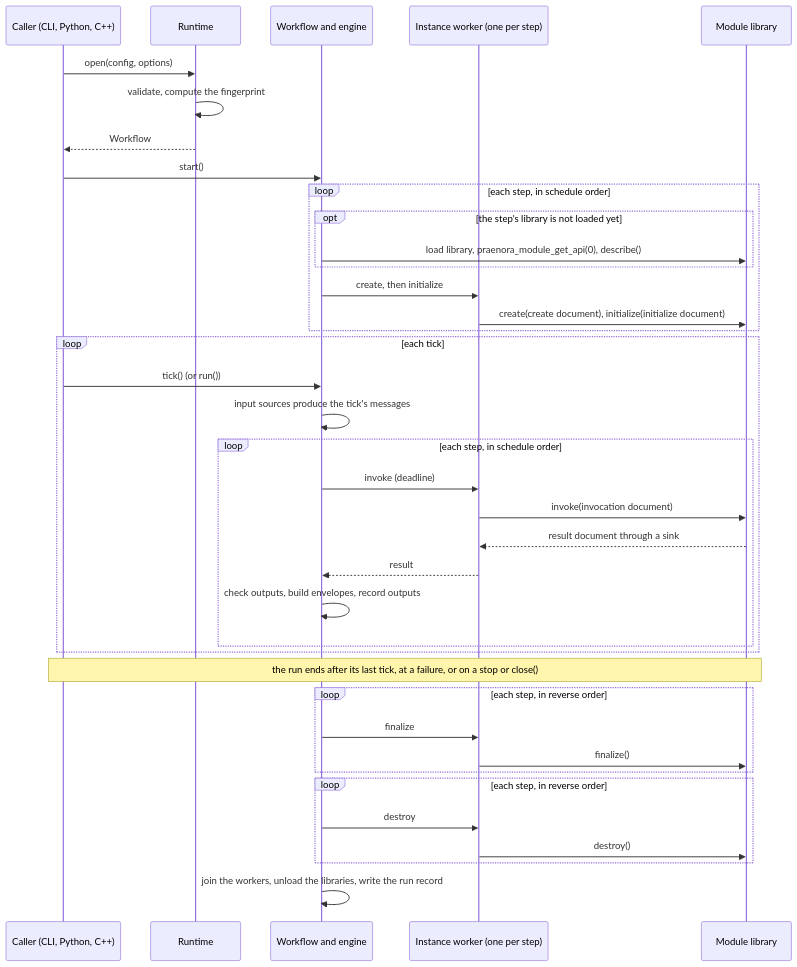
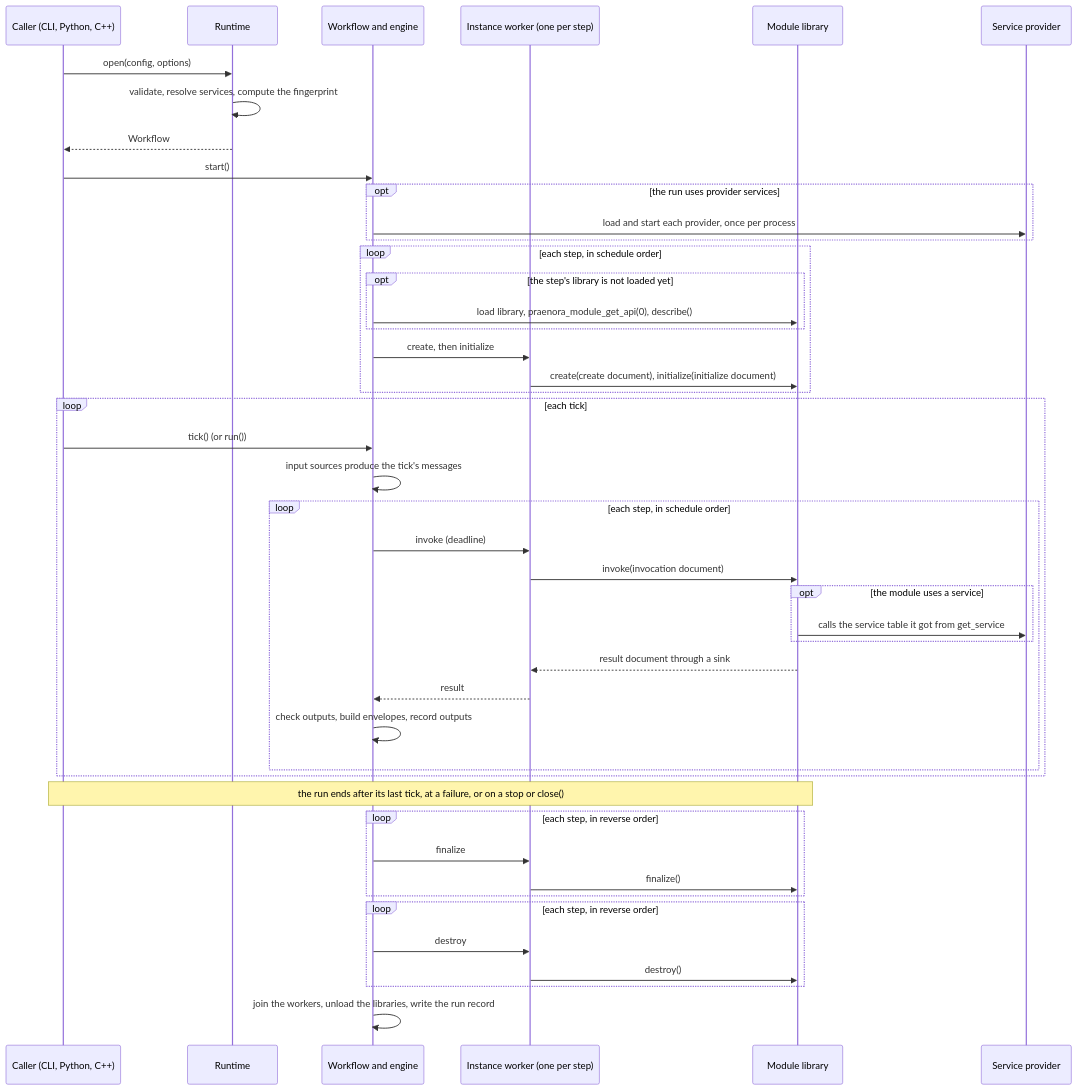
One commit to INFLECT-Praenora/praenora-runtime changed the third of 5 diagrams in docs/architecture.md. Above: the diagram before and after it, drawn with Mermaid. The commit also changed other lines of this file and 287 other files, not shown here.

````diff
--- a/docs/architecture.md
+++ b/docs/architecture.md
@@ -135,40 +151,47 @@
 ```mermaid
 sequenceDiagram
     participant Caller as Caller (CLI, Python, C++)
     participant Runtime
     participant Workflow as Workflow and engine
     participant Worker as Instance worker (one per step)
     participant Module as Module library
+    participant Provider as Service provider
     Caller->>Runtime: open(config, options)
-    Runtime->>Runtime: validate, compute the fingerprint
+    Runtime->>Runtime: validate, resolve services, compute the fingerprint
     Runtime-->>Caller: Workflow
     Caller->>Workflow: start()
+    opt the run uses provider services
+        Workflow->>Provider: load and start each provider, once per process
+    end
     loop each step, in schedule order
         opt the step's library is not loaded yet
             Workflow->>Module: load library, praenora_module_get_api(0), describe()
         end
         Workflow->>Worker: create, then initialize
         Worker->>Module: create(create document), initialize(initialize document)
     end
     loop each tick
         Caller->>Workflow: tick() (or run())
         Workflow->>Workflow: input sources produce the tick's messages
         loop each step, in schedule order
             Workflow->>Worker: invoke (deadline)
             Worker->>Module: invoke(invocation document)
+            opt the module uses a service
+                Module->>Provider: calls the service table it got from get_service
+            end
             Module-->>Worker: result document through a sink
             Worker-->>Workflow: result
             Workflow->>Workflow: check outputs, build envelopes, record outputs
         end
     end
     Note over Caller,Module: the run ends after its last tick, at a failure, or on a stop or close()
     loop each step, in reverse order
         Workflow->>Worker: finalize
         Worker->>Module: finalize()
     end
     loop each step, in reverse order
         Workflow->>Worker: destroy
         Worker->>Module: destroy()
     end
     Workflow->>Workflow: join the workers, unload the libraries, write the run record
 ```
````
